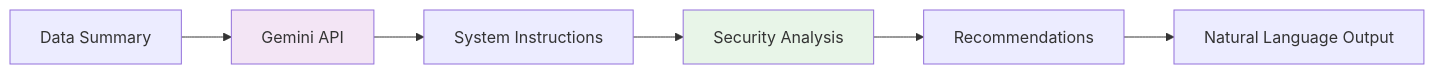
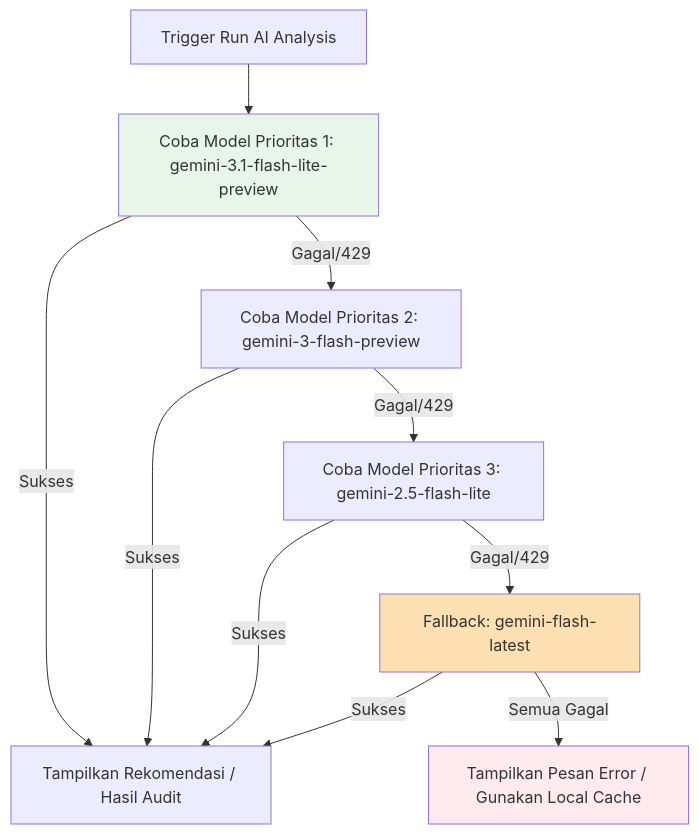
One commit to umamhaniff/Dashboard_Leap changed the second of 2 diagrams in flow.md. Above: the diagram before and after it, drawn with Mermaid. The commit also changed other lines of this file and 5 other files, not shown here.

````diff
--- a/flow.md
+++ b/flow.md
@@ -158,11 +86,16 @@
 ```mermaid
-graph LR
-    A[Data Summary] --> B[Gemini API]
-    B --> C[System Instructions]
-    C --> D[Security Analysis]
-    D --> E[Recommendations]
-    E --> F[Natural Language Output]
+graph TD
+    A[Trigger Run AI Analysis] --> B[Coba Model Prioritas 1: gemini-3.1-flash-lite-preview]
+    B -->|Sukses| C[Tampilkan Rekomendasi / Hasil Audit]
+    B -->|Gagal/429| D[Coba Model Prioritas 2: gemini-3-flash-preview]
+    D -->|Sukses| C
+    D -->|Gagal/429| E[Coba Model Prioritas 3: gemini-2.5-flash-lite]
+    E -->|Sukses| C
+    E -->|Gagal/429| F[Fallback: gemini-flash-latest]
+    F -->|Sukses| C
+    F -->|Semua Gagal| G[Tampilkan Pesan Error / Gunakan Local Cache]
 
-    style B fill:#f3e5f5
-    style D fill:#e8f5e8
+    style B fill:#e8f5e9
+    style F fill:#ffe0b2
+    style G fill:#ffebee
 ```
````
